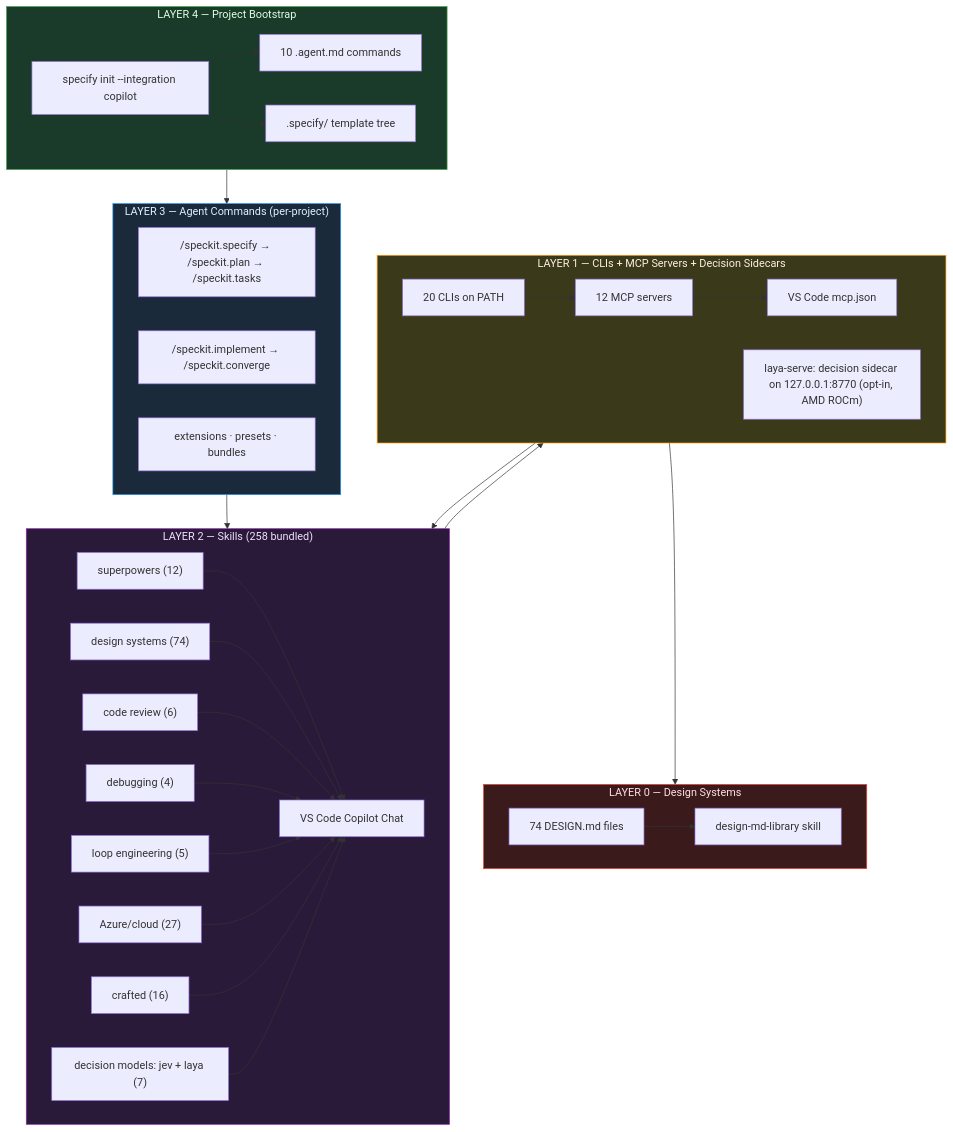
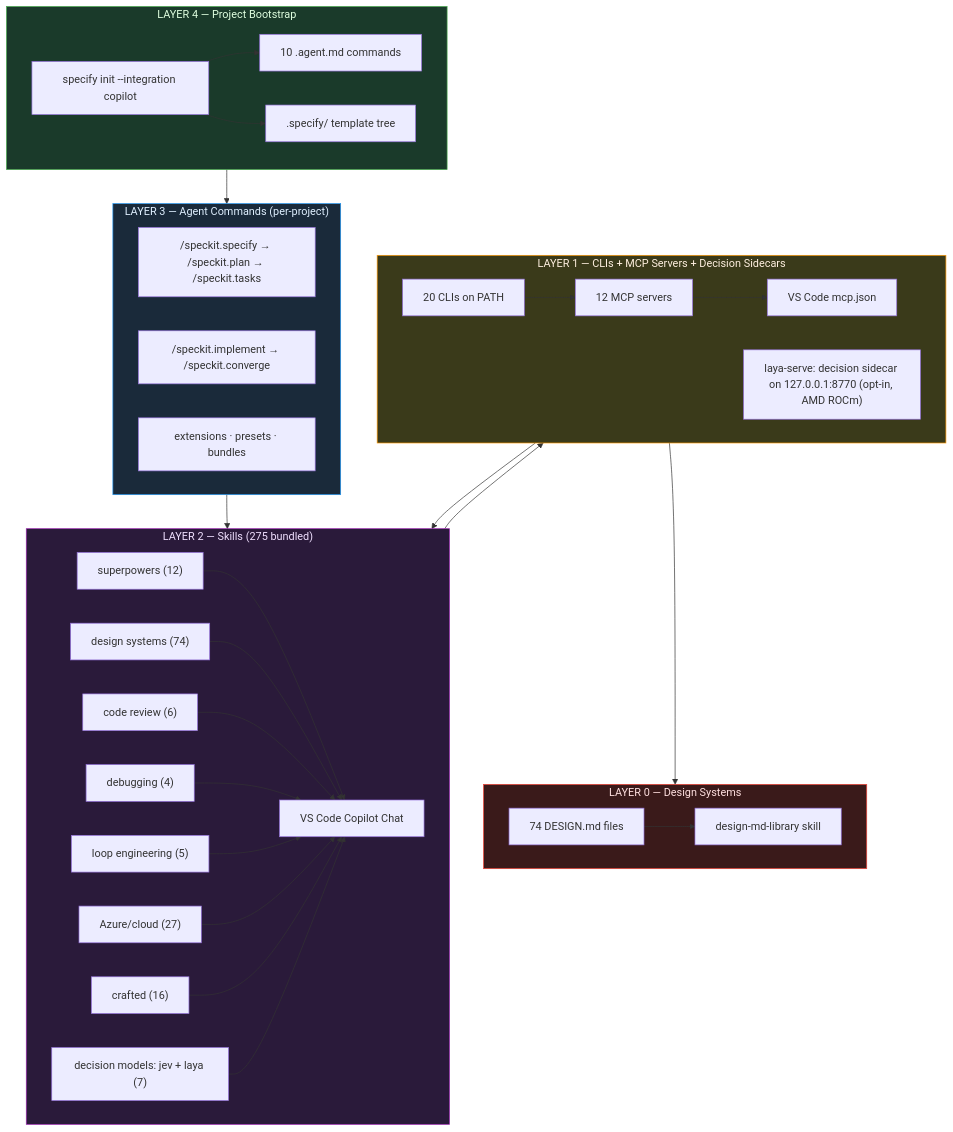
One commit to JZKK720/cubecloud-skills-bundle-kit changed the diagram in README.md. Above: the diagram before and after it, drawn with Mermaid. The commit also changed other lines of this file and 11 other files, not shown here.

````diff
--- a/README.md
+++ b/README.md
@@ -35,50 +35,50 @@
 ```mermaid
 graph TB
     subgraph L4["LAYER 4 — Project Bootstrap"]
         SPEC["specify init --integration copilot"]
         AGENTS["10 .agent.md commands"]
         TEMPLATES[".specify/ template tree"]
         SPEC --> AGENTS
         SPEC --> TEMPLATES
     end
 
     subgraph L3["LAYER 3 — Agent Commands (per-project)"]
         SD["/speckit.specify → /speckit.plan → /speckit.tasks"]
         IM["/speckit.implement → /speckit.converge"]
         EXT["extensions · presets · bundles"]
     end
 
-    subgraph L2["LAYER 2 — Skills (258 bundled)"]
+    subgraph L2["LAYER 2 — Skills (275 bundled)"]
         direction LR
         METH["superpowers (12)"] --> COPILOT["VS Code Copilot Chat"]
         DSN["design systems (74)"] --> COPILOT
         REV["code review (6)"] --> COPILOT
         DBG["debugging (4)"] --> COPILOT
         LOOP["loop engineering (5)"] --> COPILOT
         AZURE["Azure/cloud (27)"] --> COPILOT
         CRAFT["crafted (16)"] --> COPILOT
         DEC["decision models: jev + laya (7)"] --> COPILOT
     end
 
     subgraph L1["LAYER 1 — CLIs + MCP Servers + Decision Sidecars"]
         direction LR
         CLI["20 CLIs on PATH"] --> MCP["12 MCP servers"]
         MCP --> VSCODE["VS Code mcp.json"]
         SC["laya-serve: decision sidecar on 127.0.0.1:8770 (opt-in, AMD ROCm)"] --> COPILOT
     end
 
     subgraph L0["LAYER 0 — Design Systems"]
         D74["74 DESIGN.md files"] --> LIB["design-md-library skill"]
     end
 
     L4 --> L3
     L3 --> L2
     L2 --> L1
     L1 --> L0
 
     style L4 fill:#1a3a2a,stroke:#4caf50,color:#e0ffe0
     style L3 fill:#1a2a3a,stroke:#2196f3,color:#e0f0ff
     style L2 fill:#2a1a3a,stroke:#9c27b0,color:#f0e0ff
     style L1 fill:#3a3a1a,stroke:#ff9800,color:#fff0e0
     style L0 fill:#3a1a1a,stroke:#f44336,color:#ffe0e0
 ```
````
